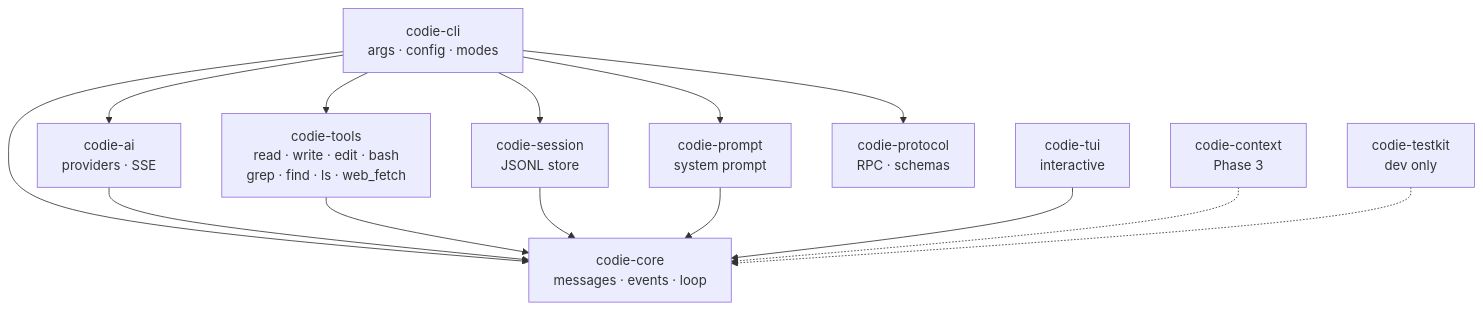
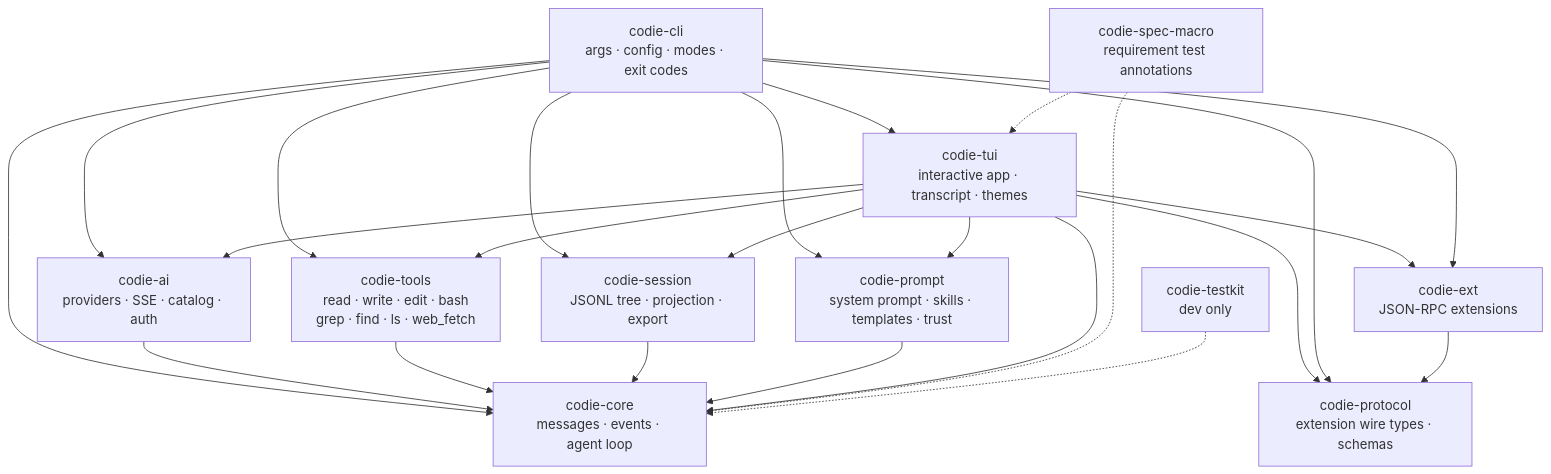
One commit to amardeepio/codie changed the second of 2 diagrams in README.md. Above: the diagram before and after it, drawn with Mermaid. The commit also changed other lines of this file and 25 other files, not shown here.

````diff
--- a/README.md
+++ b/README.md
@@ -77,31 +81,41 @@
 ```mermaid
 flowchart TD
-    CLI["codie-cli<br/>args · config · modes"]
+    CLI["codie-cli<br/>args · config · modes · exit codes"]
 
-    CORE["codie-core<br/>messages · events · loop"]
-    AI["codie-ai<br/>providers · SSE"]
+    CORE["codie-core<br/>messages · events · agent loop"]
+    AI["codie-ai<br/>providers · SSE · catalog · auth"]
     TOOLS["codie-tools<br/>read · write · edit · bash<br/>grep · find · ls · web_fetch"]
-    SESSION["codie-session<br/>JSONL store"]
-    PROMPT["codie-prompt<br/>system prompt"]
+    SESSION["codie-session<br/>JSONL tree · projection · export"]
+    PROMPT["codie-prompt<br/>system prompt · skills · templates · trust"]
+    EXT["codie-ext<br/>JSON-RPC extensions"]
 
-    TUI["codie-tui<br/>interactive"]
-    PROTO["codie-protocol<br/>RPC · schemas"]
-    CONTEXT["codie-context<br/>Phase 3"]
+    TUI["codie-tui<br/>interactive app · transcript · themes"]
+    PROTO["codie-protocol<br/>extension wire types · schemas"]
+    TUI --> EXT
+    TUI --> PROTO
 
     CLI --> CORE
     CLI --> AI
     CLI --> TOOLS
     CLI --> SESSION
     CLI --> PROMPT
+    CLI --> EXT
     CLI --> PROTO
+    CLI --> TUI
 
     AI --> CORE
     TOOLS --> CORE
     SESSION --> CORE
     PROMPT --> CORE
+    EXT --> PROTO
 
     TUI --> CORE
-    CONTEXT -.-> CORE
+    TUI --> AI
+    TUI --> TOOLS
+    TUI --> SESSION
+    TUI --> PROMPT
 
+    SPEC["codie-spec-macro<br/>requirement test annotations"] -.-> CORE
+    SPEC -.-> TUI
     TESTKIT["codie-testkit<br/>dev only"] -.-> CORE
 ```
````
